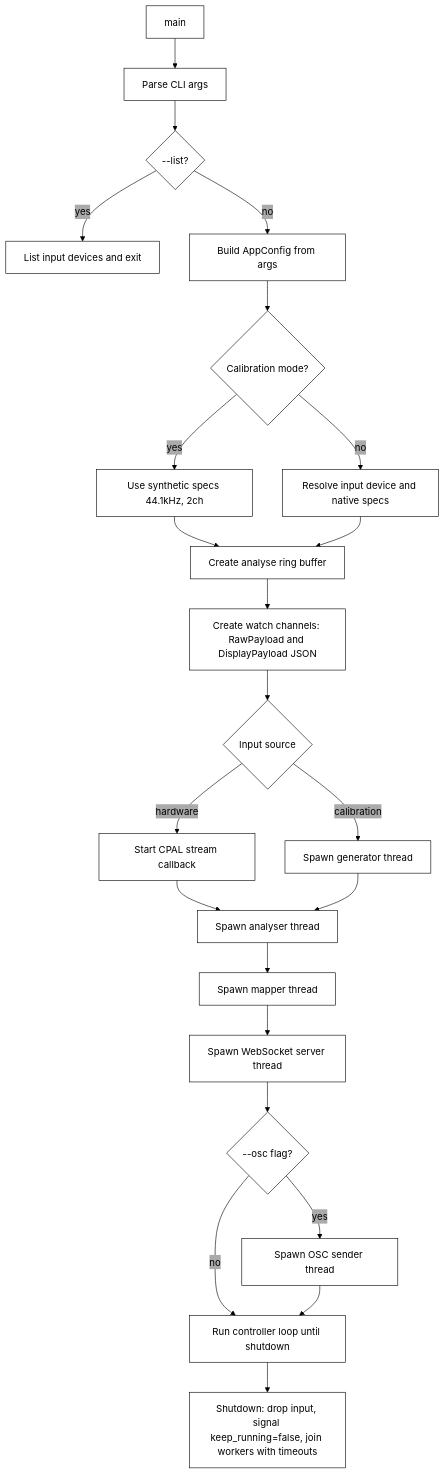
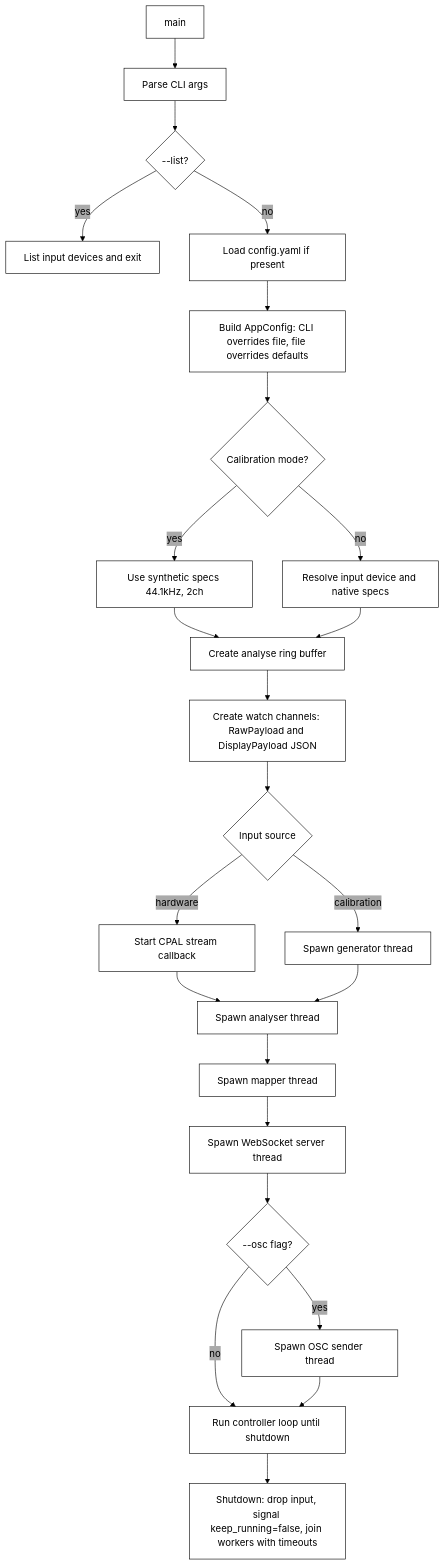
Before and after one commit to rayboyd/phase4: the first of 4 diagrams in docs/system/lifecycle.md, drawn with Mermaid. The commit also changed 3 other files, not shown here.

Commit message:
docs: update readme, lifecycle diagram, and tutorials for config.yaml support

````diff
--- a/docs/system/lifecycle.md
+++ b/docs/system/lifecycle.md
@@ -5,43 +5,44 @@
 ```mermaid
 %%{init: {
 	"theme": "base",
 	"themeVariables": {
 		"background": "#ffffff",
 		"fontFamily": "monospace",
 		"fontSize": "16px",
 		"lineColor": "#000",
 		"primaryBorderColor": "#000",
 		"primaryColor": "#fff",
 		"primaryTextColor": "#000",
 		"secondaryColor": "#aaa",
 		"tertiaryColor": "#ccc"
 	},
 	"flowchart": {
 		"curve": "basis",
 		"htmlLabels": true
 	}
 }}%%
 flowchart TD
 		A[main] --> B[Parse CLI args]
 		B --> C{--list?}
 		C -->|yes| D[List input devices and exit]
-		C -->|no| E[Build AppConfig from args]
+		C -->|no| E2[Load config.yaml if present]
+		E2 --> E[Build AppConfig: CLI overrides file, file overrides defaults]
 		E --> F{Calibration mode?}
 		F -->|yes| G[Use synthetic specs 44.1kHz, 2ch]
 		F -->|no| H[Resolve input device and native specs]
 		G --> I[Create analyse ring buffer]
 		H --> I
 		I --> J[Create watch channels: RawPayload and DisplayPayload JSON]
 		J --> K{Input source}
 		K -->|calibration| M[Spawn generator thread]
 		K -->|hardware| L[Start CPAL stream callback]
 		L --> N[Spawn analyser thread]
 		M --> N
 		N --> O[Spawn mapper thread]
 		O --> P[Spawn WebSocket server thread]
 		P --> Q{--osc flag?}
 		Q -->|yes| Q2[Spawn OSC sender thread]
 		Q -->|no| R[Run controller loop until shutdown]
 		Q2 --> R
 		R --> S[Shutdown: drop input, signal keep_running=false, join workers with timeouts]
 ```
````
